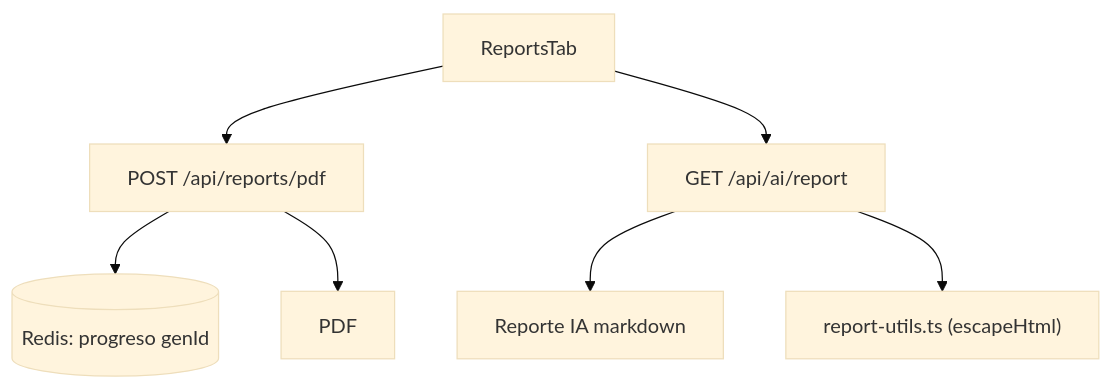
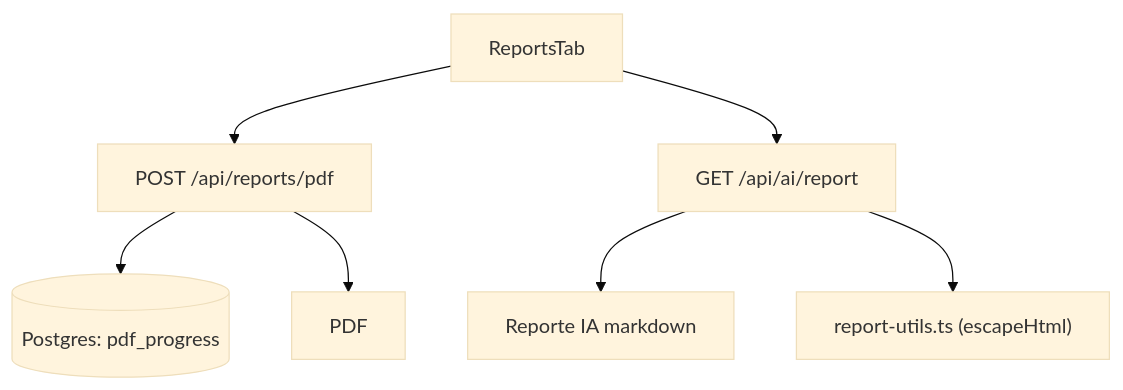
One commit to StrategicConnex/StrategicConnexAudit changed the first of 2 diagrams in docs/modules/reporting.md. Above: the diagram before and after it, drawn with Mermaid (base theme). The commit also changed other lines of this file and 67 other files, not shown here.

````diff
--- a/docs/modules/reporting.md
+++ b/docs/modules/reporting.md
@@ -145,9 +145,9 @@
 ```mermaid
 flowchart TB
     UI["ReportsTab"] --> PDF["POST /api/reports/pdf"]
     UI --> AI["GET /api/ai/report"]
-    PDF --> REDIS[("Redis: progreso genId")]
+    PDF --> PG[("Postgres: pdf_progress")]
     PDF --> OUT["PDF"]
     AI --> OUT2["Reporte IA markdown"]
     AI --> UTIL["report-utils.ts (escapeHtml)"]
 ```
````
